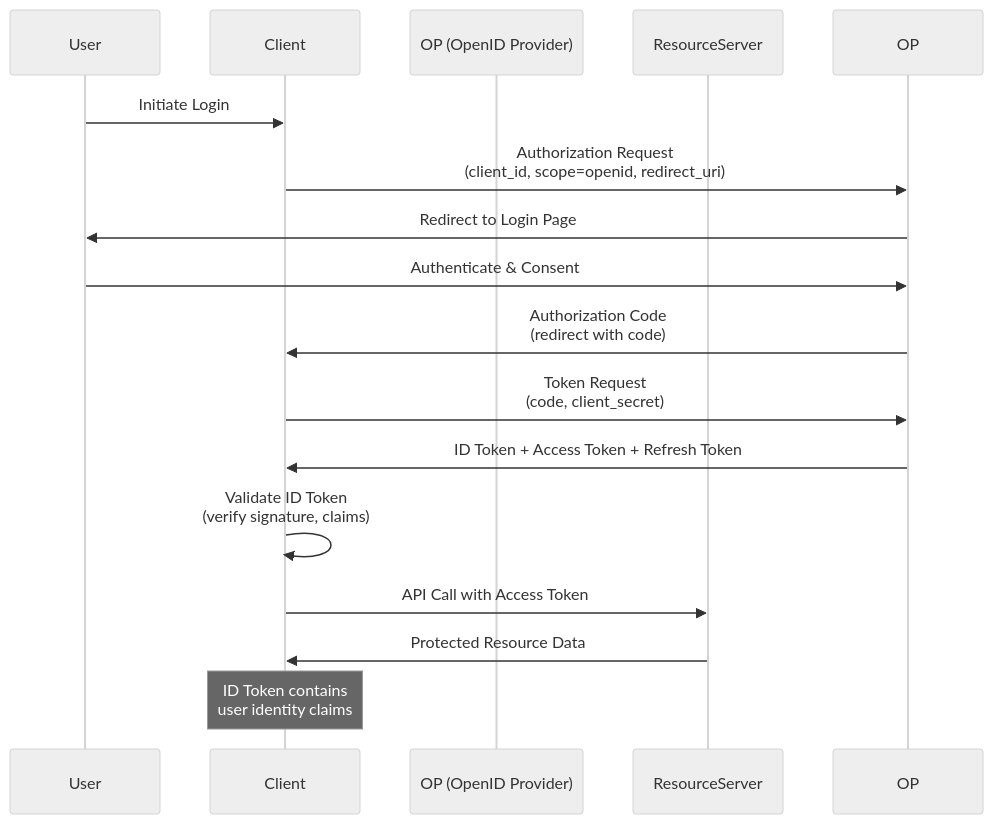
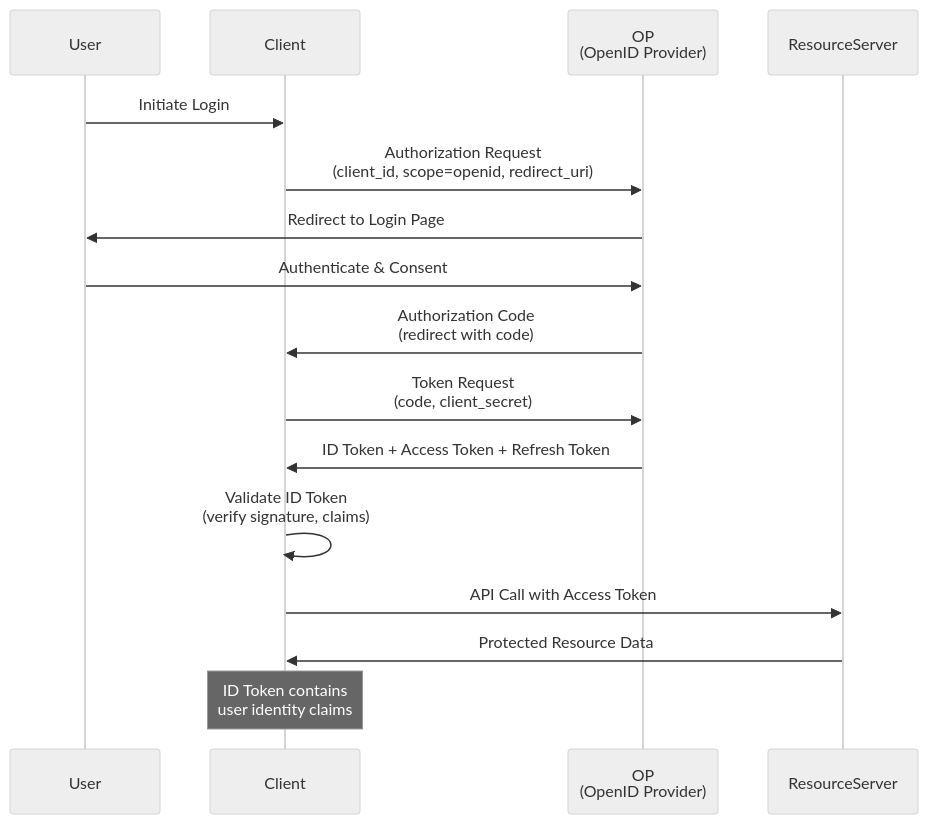
Before and after one commit to ArunN07/oidc_oauth2_implementation: the second of 6 diagrams in OIDC_OAuth2_Flows.md, drawn with Mermaid (neutral theme). The commit also changed 3 other files, not shown here.

````diff
--- a/OIDC_OAuth2_Flows.md
+++ b/OIDC_OAuth2_Flows.md
@@ -59,19 +59,19 @@
 ```mermaid
 sequenceDiagram
     participant User
     participant Client
-    participant OP (OpenID Provider)
+    participant OP as OP<br/>(OpenID Provider)
     participant ResourceServer
 
     User->>Client: Initiate Login
     Client->>OP: Authorization Request<br/>(client_id, scope=openid, redirect_uri)
     OP->>User: Redirect to Login Page
     User->>OP: Authenticate & Consent
     OP->>Client: Authorization Code<br/>(redirect with code)
     Client->>OP: Token Request<br/>(code, client_secret)
     OP->>Client: ID Token + Access Token + Refresh Token
     Client->>Client: Validate ID Token<br/>(verify signature, claims)
     Client->>ResourceServer: API Call with Access Token
     ResourceServer->>Client: Protected Resource Data
     Note over Client: ID Token contains<br/>user identity claims
 ```
````
